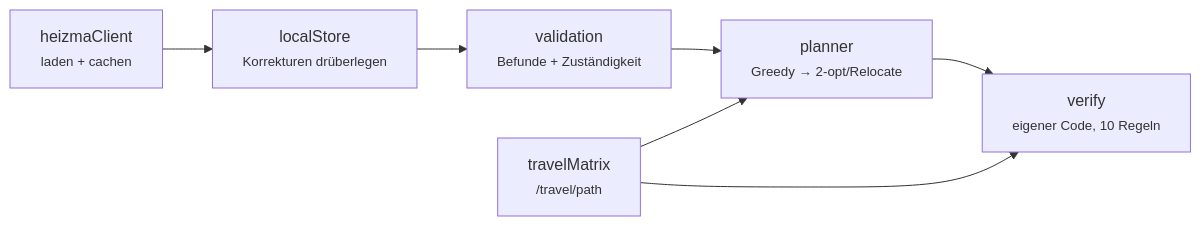
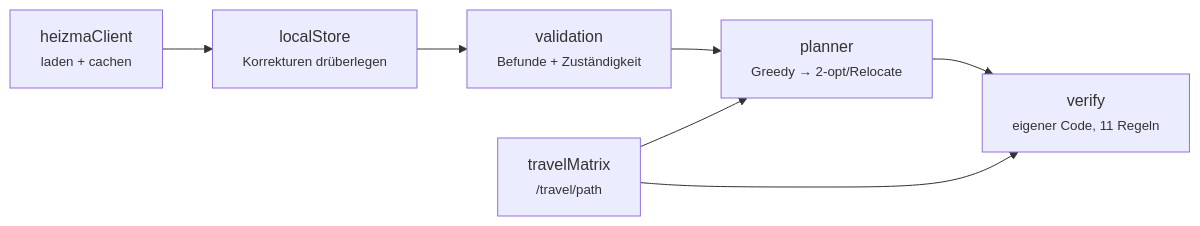
One commit to oekfbIT/Heizma changed the second of 4 diagrams in docs/02-architektur.md. Above: the diagram before and after it, drawn with Mermaid. The commit also changed other lines of this file and 55 other files, not shown here.

````diff
--- a/docs/02-architektur.md
+++ b/docs/02-architektur.md
@@ -25,9 +24,9 @@
 ```mermaid
 flowchart LR
   D["heizmaClient<br/><small>laden + cachen</small>"] --> O["localStore<br/><small>Korrekturen drüberlegen</small>"]
   O --> V["validation<br/><small>Befunde + Zuständigkeit</small>"]
   V --> P["planner<br/><small>Greedy → 2-opt/Relocate</small>"]
   T["travelMatrix<br/><small>/travel/path</small>"] --> P
-  P --> X["verify<br/><small>eigener Code, 10 Regeln</small>"]
+  P --> X["verify<br/><small>eigener Code, 11 Regeln</small>"]
   T --> X
 ```
````
